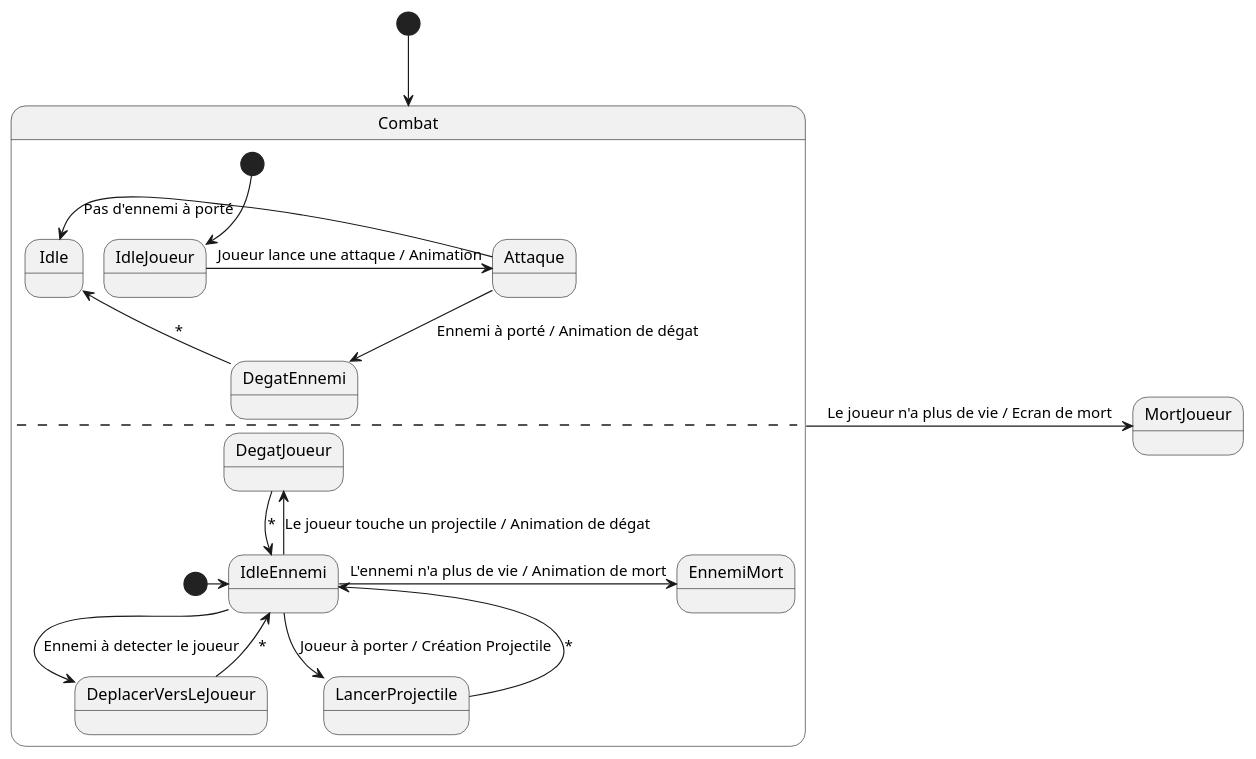
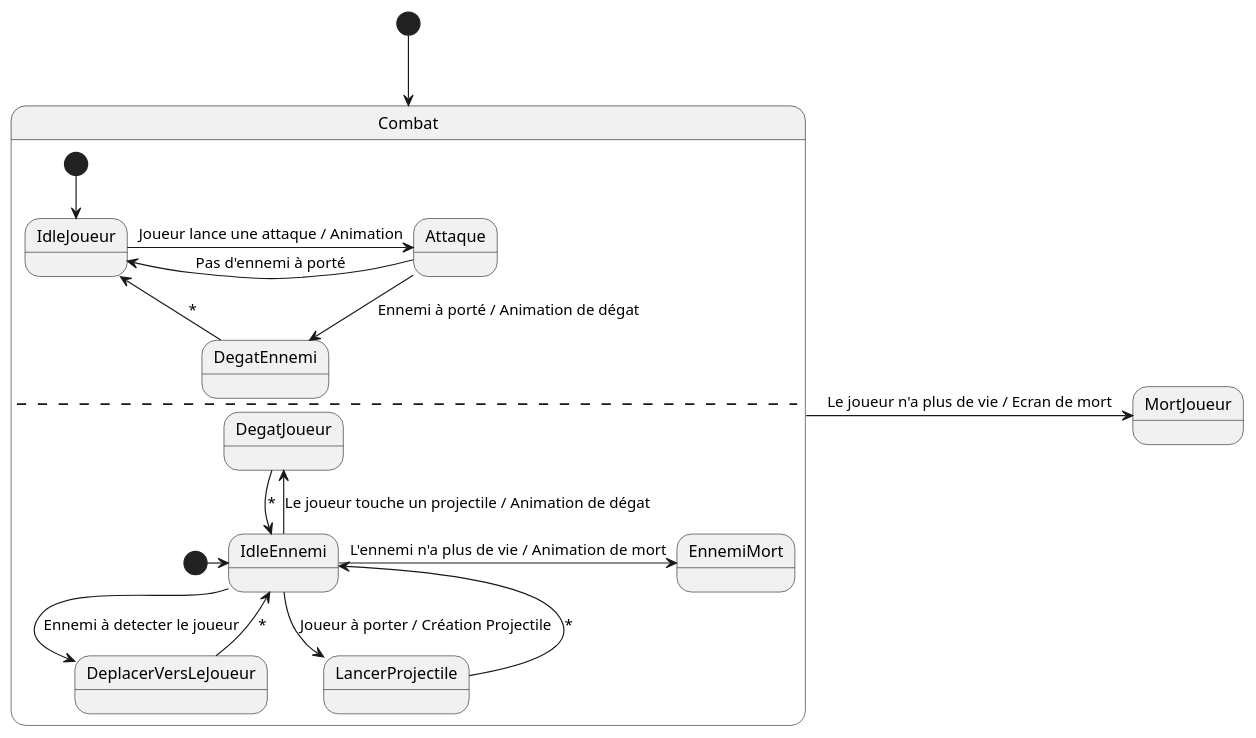
Before and after one commit to Lazouliss/tp-acvl: the diagram in uml/StateMachine_Combat.wsd, drawn with PlantUML.

Commit message:
fix: 🐛 supprimer l'état idle pour mettre idleJoueur (qui est l'état puit)

```diff
--- a/uml/StateMachine_Combat.wsd
+++ b/uml/StateMachine_Combat.wsd
@@ -1,49 +1,49 @@
 @startuml StateMachine_Combat
 '[*] --> Combat
 
 ' state Combat {
 '     [*] -> Attaquer
 
 '     Attaquer -> DegatEnnemi :Appuie sur la touche de combat [l'ennemi est à porté]
 '     Attaquer -> CoupLoupe :Appuie sur la touche de combat [pas d'ennemi à porté]
 
 
 '     --
 
 '     [*] -> EnnemiDeplacement
 '     EnnemiDeplacement -> EnnemiProjectile :Le joueur est à porté de lancer
 '     EnnemiProjectile -> EnnemiDeplacement :*
 '     EnnemiDeplacement -left-> EnnemiMort :L'ennemi n'a plus de vie
 
 '     --
 
 '     [*] -> Init
 '     Init -> DegatJoueur :Le joueur touche un projectile
 '     DegatJoueur -> Init :*
 
     
 ' }
 
 ' Combat -> MortJoueur :Le joueur n'a plus de vie
 
 [*] --> Combat
 state Combat {
     [*] --> IdleJoueur
     IdleJoueur -> Attaque :Joueur lance une attaque / Animation
     Attaque -down-> DegatEnnemi :Ennemi à porté / Animation de dégat
-    DegatEnnemi -> Idle :*
-    Attaque -left-> Idle :Pas d'ennemi à porté 
+    DegatEnnemi -> IdleJoueur :*
+    Attaque -left-> IdleJoueur :Pas d'ennemi à porté 
 
     --
     [*] -right-> IdleEnnemi
     IdleEnnemi -> DeplacerVersLeJoueur  :Ennemi à detecter le joueur
     DeplacerVersLeJoueur -down-> IdleEnnemi :*
     IdleEnnemi -down-> LancerProjectile :Joueur à porter / Création Projectile
     LancerProjectile -> IdleEnnemi :*
     IdleEnnemi -> EnnemiMort :L'ennemi n'a plus de vie / Animation de mort
     IdleEnnemi -up-> DegatJoueur :Le joueur touche un projectile / Animation de dégat
     DegatJoueur -> IdleEnnemi :*
 }   
 Combat -> MortJoueur :Le joueur n'a plus de vie / Ecran de mort
 
 @enduml
```
